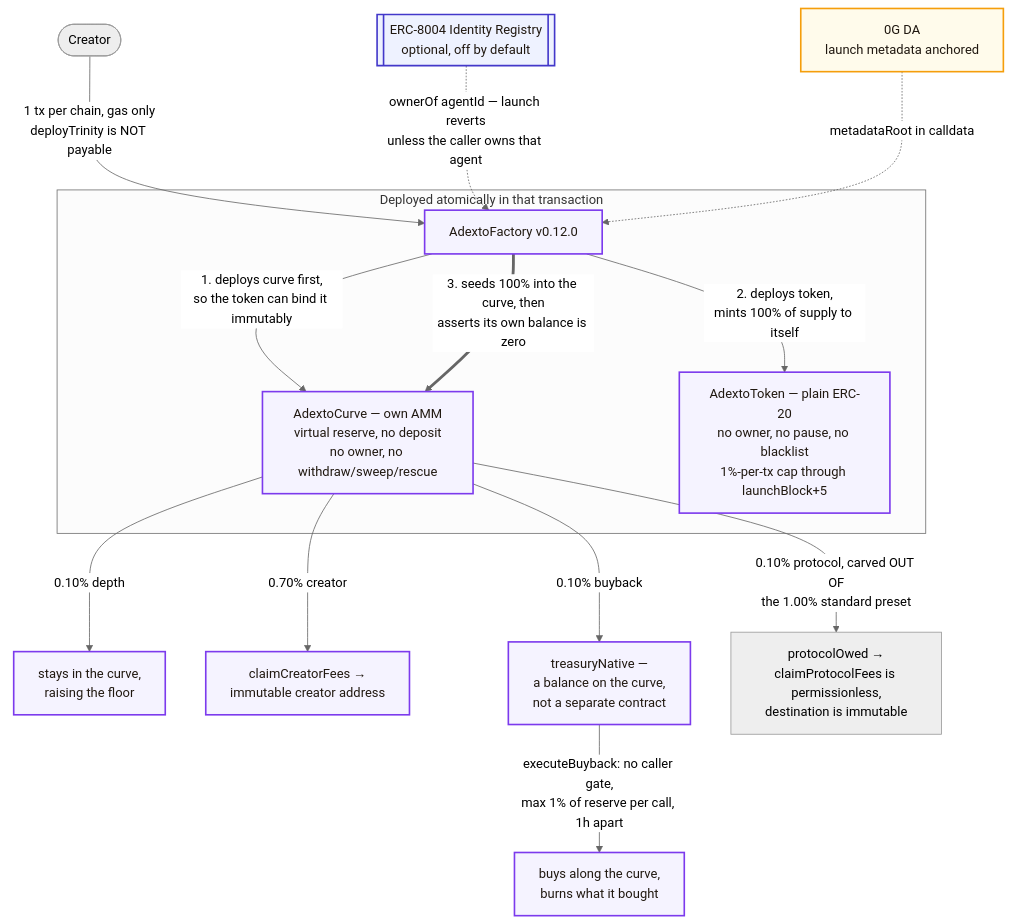
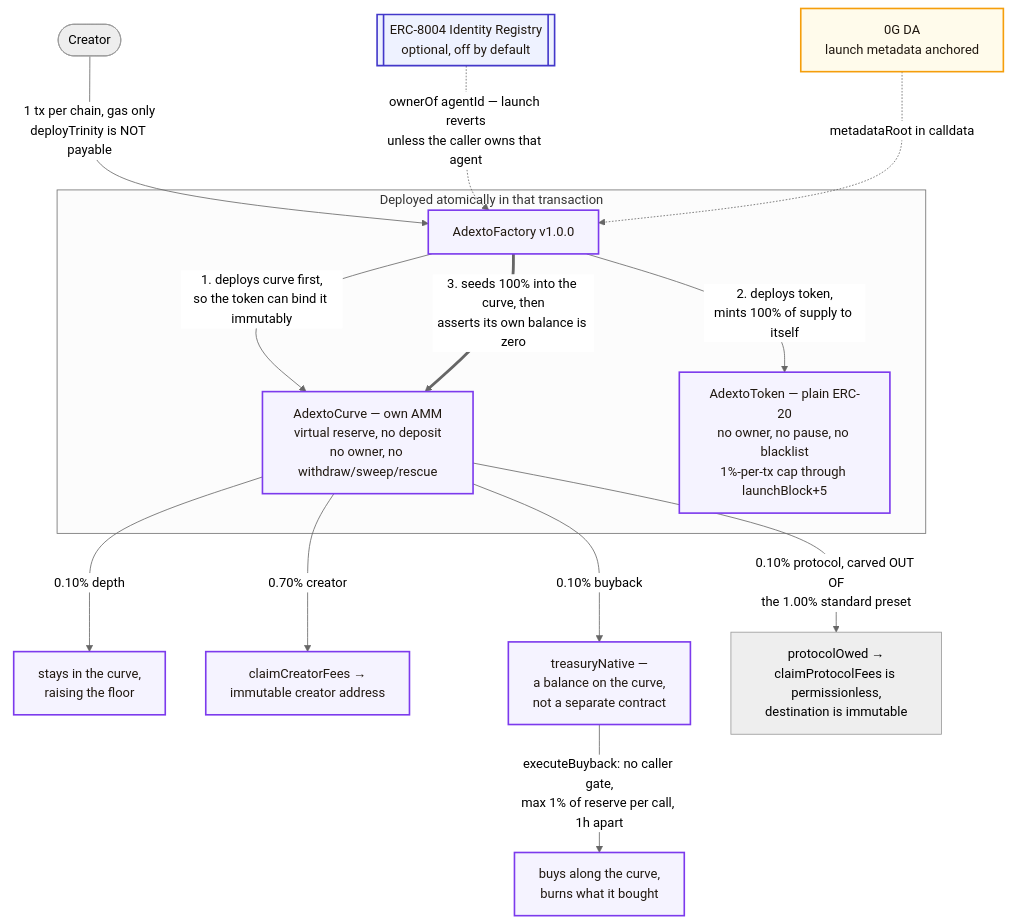
One commit to 0xcuy/adexto changed the diagram in README.md. Above: the diagram before and after it, drawn with Mermaid (neutral theme). The commit also changed other lines of this file and 35 other files, not shown here.

First line of the commit message:
Switch the app to ADEXTO v1 and add Robinhood Chain

````diff
--- a/README.md
+++ b/README.md
@@ -97,27 +97,27 @@
 ```mermaid
 graph TD
-    Creator([Creator]) -->|1 tx per chain, gas only<br/>deployTrinity is NOT payable| Factory[AdextoFactory v0.12.0]
+    Creator([Creator]) -->|1 tx per chain, gas only<br/>deployTrinity is NOT payable| Factory[AdextoFactory v1.0.0]
 
     Registry[[ERC-8004 Identity Registry<br/>optional, off by default]] -.->|ownerOf agentId — launch reverts<br/>unless the caller owns that agent| Factory
     Meta[0G DA<br/>launch metadata anchored] -.->|metadataRoot in calldata| Factory
 
     subgraph "Deployed atomically in that transaction"
         Factory -->|1. deploys curve first,<br/>so the token can bind it immutably| Curve[AdextoCurve — own AMM<br/>virtual reserve, no deposit<br/>no owner, no withdraw/sweep/rescue]
         Factory -->|2. deploys token,<br/>mints 100% of supply to itself| Token[AdextoToken — plain ERC-20<br/>no owner, no pause, no blacklist<br/>1%-per-tx cap through launchBlock+5]
         Factory ==>|3. seeds 100% into the curve, then<br/>asserts its own balance is zero| Curve
     end
 
     Curve -->|0.10% depth| Depth[stays in the curve,<br/>raising the floor]
     Curve -->|0.70% creator| CreatorFee[claimCreatorFees →<br/>immutable creator address]
     Curve -->|0.10% buyback| Vault[treasuryNative —<br/>a balance on the curve,<br/>not a separate contract]
     Curve -->|0.10% protocol, carved OUT OF<br/>the 1.00% standard preset| Protocol[protocolOwed →<br/>claimProtocolFees is permissionless,<br/>destination is immutable]
 
     Vault -->|executeBuyback: no caller gate,<br/>max 1% of reserve per call, 1h apart| Burn[buys along the curve,<br/>burns what it bought]
 
     classDef live fill:#f5f3ff,stroke:#7c3aed,stroke-width:2px,color:#201810;
     classDef partial fill:#fffbeb,stroke:#f59e0b,stroke-width:2px,color:#201810;
     classDef ext fill:#eef2ff,stroke:#4338ca,stroke-width:2px,color:#201810;
     class Factory,Token,Curve,Depth,CreatorFee,Vault,Burn live;
     class Meta partial;
     class Registry ext;
 ```
````
